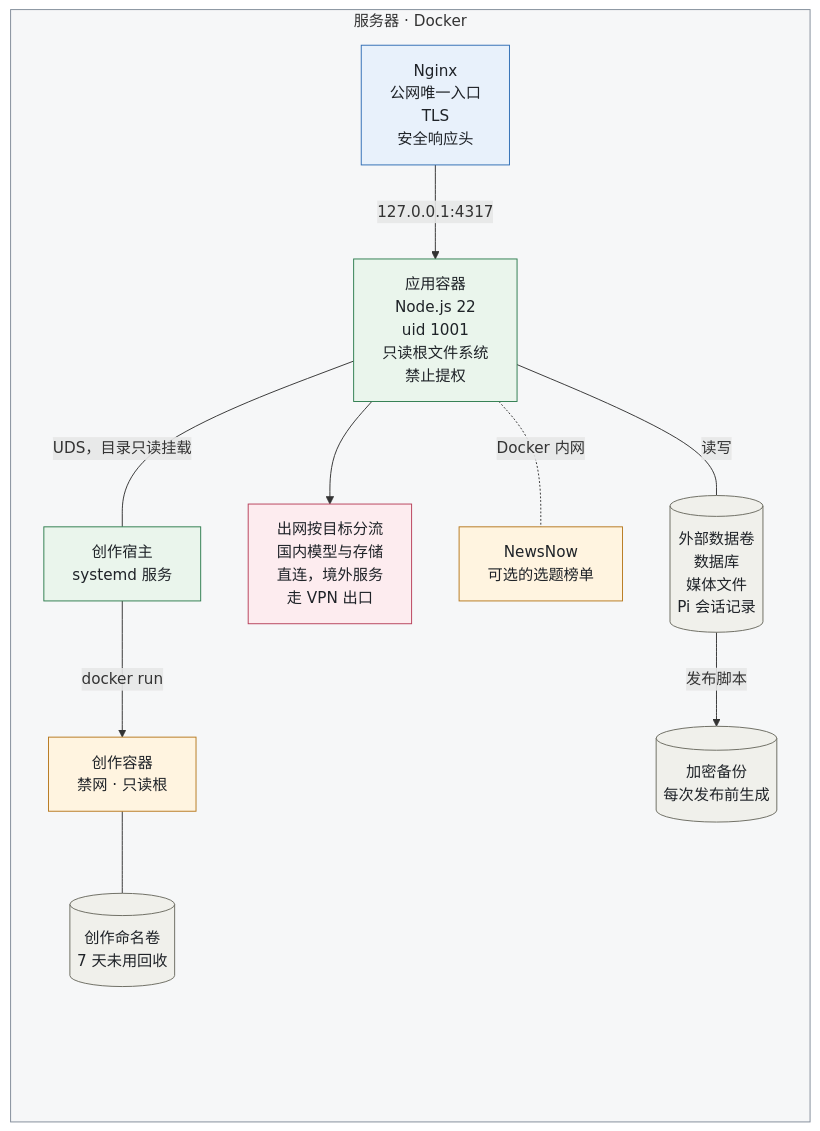
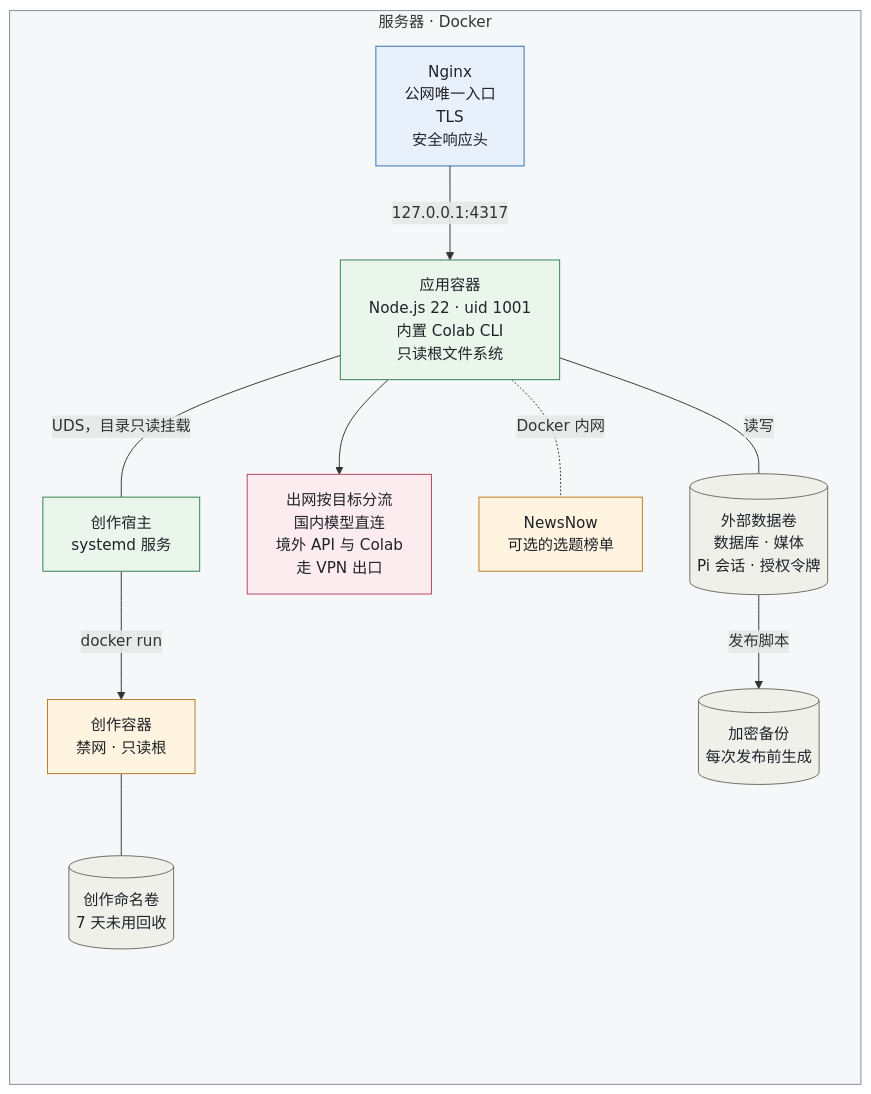
The tenth of 11 diagrams in README.md (yaoziyaoguai/video-factory), drawn with Mermaid before and after one commit. The commit also changed other lines of this file and 6 other files, not shown here.

Commit message:
docs(readme): refresh hero cover, model pool screenshots, and architecture diagrams [skip ci]

````diff
--- a/README.md
+++ b/README.md
@@ -406,40 +425,40 @@
 ```mermaid
 flowchart TB
   subgraph SERVER["服务器 · Docker"]
     direction TB
     NGINX["Nginx<br/>公网唯一入口<br/>TLS<br/>安全响应头"]
-    APP["应用容器<br/>Node.js 22<br/>uid 1001<br/>只读根文件系统<br/>禁止提权"]
+    APP["应用容器<br/>Node.js 22 · uid 1001<br/>内置 Colab CLI<br/>只读根文件系统"]
     RUNNER["创作宿主<br/>systemd 服务"]
     CREATIVE["创作容器<br/>禁网 · 只读根"]
-    OUT["出网按目标分流<br/>国内模型与存储<br/>直连，境外服务<br/>走 VPN 出口"]
+    OUT["出网按目标分流<br/>国内模型直连<br/>境外 API 与 Colab<br/>走 VPN 出口"]
     NEWSNOW["NewsNow<br/>可选的选题榜单"]
-    DATA[("外部数据卷<br/>数据库<br/>媒体文件<br/>Pi 会话记录")]
+    DATA[("外部数据卷<br/>数据库 · 媒体<br/>Pi 会话 · 授权令牌")]
     CREATIVE_VOL[("创作命名卷<br/>7 天未用回收")]
     BACKUP[("加密备份<br/>每次发布前生成")]
 
     NGINX -->|"127.0.0.1:4317"| APP
     APP ---|"UDS，目录只读挂载"| RUNNER
     RUNNER -->|"docker run"| CREATIVE
     APP --> OUT
     APP -.-|"Docker 内网"| NEWSNOW
     APP ---|"读写"| DATA
     CREATIVE --- CREATIVE_VOL
     DATA -->|"发布脚本"| BACKUP
     %% PAD 是不可见的占位节点，让右下角留白：GitHub 会把缩放按钮叠放在图的右下角
     CREATIVE_VOL ~~~ PAD[" "]
   end
 
   style PAD fill:none,stroke:none
   style SERVER fill:#818B9812,stroke:#818B98
 
   classDef cUser fill:#E8F1FB,stroke:#2F6DB5,color:#1F2328
   classDef cSvc fill:#EAF5EC,stroke:#2E7D4F,color:#1F2328
   classDef cBox fill:#FFF4E0,stroke:#B7791F,color:#1F2328
   classDef cData fill:#F0F0EB,stroke:#6B6B60,color:#1F2328
   classDef cExt fill:#FDECEF,stroke:#B8405A,color:#1F2328
   class NGINX cUser
   class APP,RUNNER cSvc
   class CREATIVE,NEWSNOW cBox
   class DATA,CREATIVE_VOL,BACKUP cData
   class OUT cExt
 ```
````
